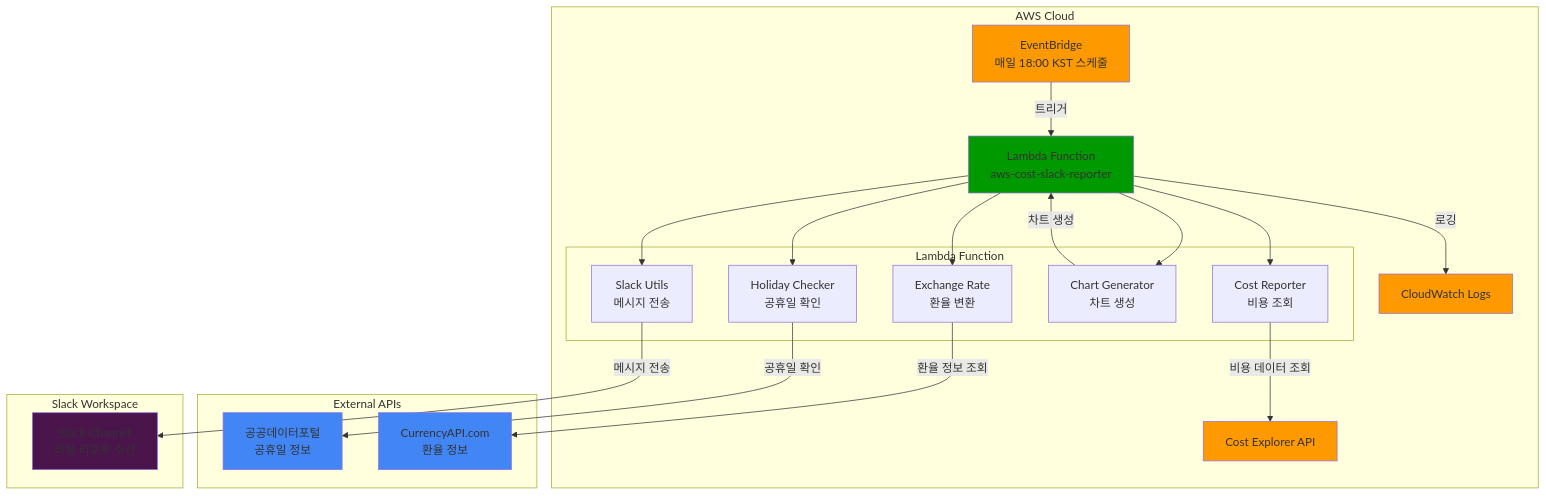
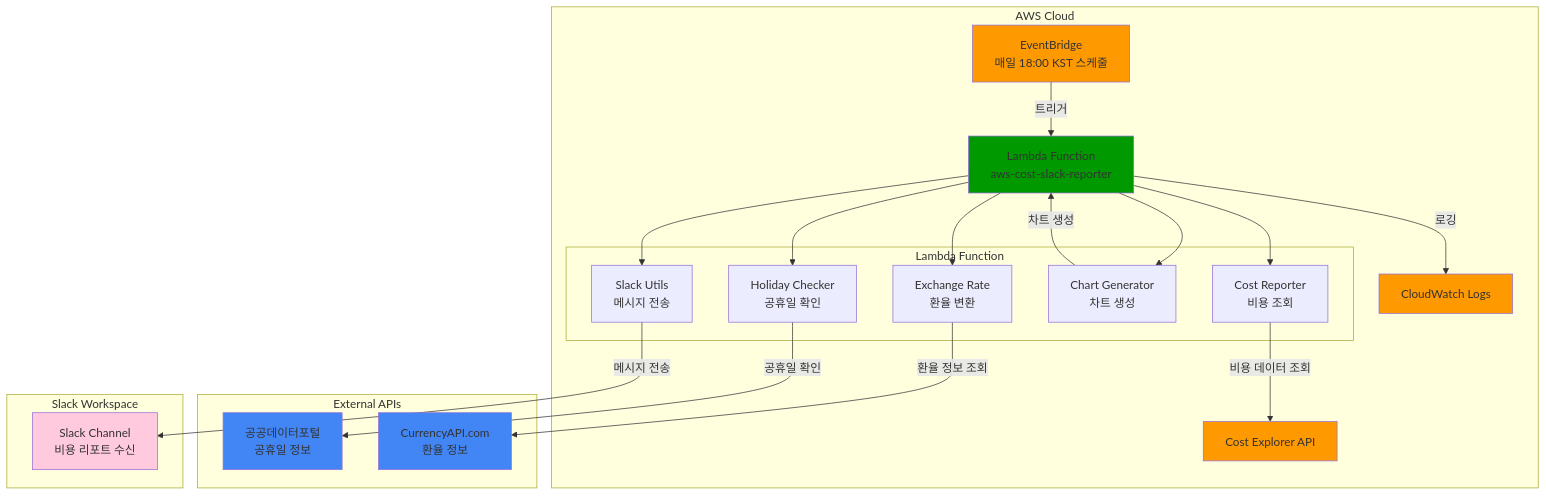
The first of 2 diagrams in README.md (dongkoony/aws-cost-slack-reporter), drawn with Mermaid before and after one commit.

Commit message:
docs: README.md의 데이터 플로우 다이어그램 스타일 수정

````diff
--- a/README.md
+++ b/README.md
@@ -123,47 +123,47 @@
 ```mermaid
 graph TB
     subgraph "AWS Cloud"
         EB[EventBridge<br/>매일 18:00 KST 스케줄]
         L[Lambda Function<br/>aws-cost-slack-reporter]
         CE[Cost Explorer API]
         CW[CloudWatch Logs]
         
         subgraph "Lambda Function"
             HC[Holiday Checker<br/>공휴일 확인]
             CR[Cost Reporter<br/>비용 조회]
             ER[Exchange Rate<br/>환율 변환]
             CG[Chart Generator<br/>차트 생성]
             SU[Slack Utils<br/>메시지 전송]
         end
     end
     
     subgraph "External APIs"
         PD[공공데이터포털<br/>공휴일 정보]
         CA[CurrencyAPI.com<br/>환율 정보]
     end
     
     subgraph "Slack Workspace"
         SC[Slack Channel<br/>비용 리포트 수신]
     end
     
     EB -->|트리거| L
     L --> HC
     HC -->|공휴일 확인| PD
     L --> CR
     CR -->|비용 데이터 조회| CE
     L --> ER
     ER -->|환율 정보 조회| CA
     L --> CG
     CG -->|차트 생성| L
     L --> SU
     SU -->|메시지 전송| SC
     L -->|로깅| CW
     
     style EB fill:#FF9900
     style L fill:#009900
     style CE fill:#FF9900
     style CW fill:#FF9900
     style PD fill:#4285F4
     style CA fill:#4285F4
-    style SC fill:#4A154B
+    style SC fill:#ffc9de
 ```
````
